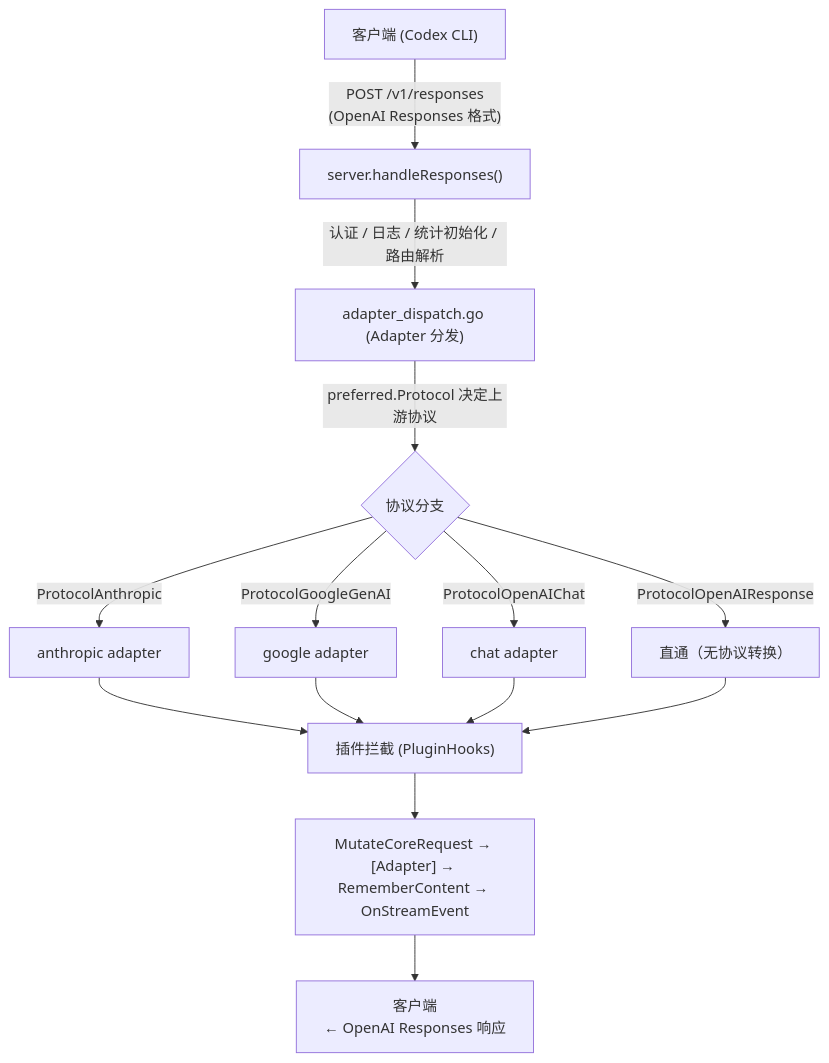
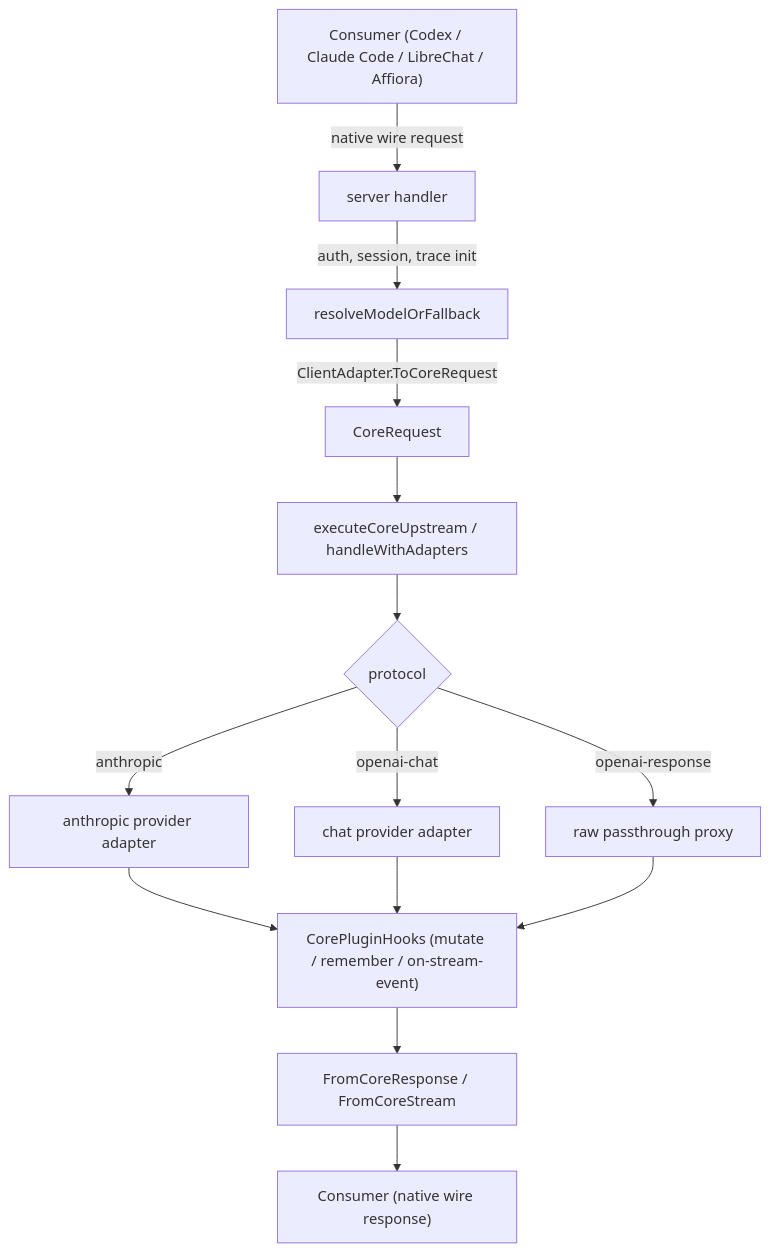
The second of 2 diagrams in docs/ARCHITECTURE.md (sfiorini/provider-bridge), drawn with Mermaid before and after one commit. The commit also changed other lines of this file and 4 other files, not shown here.

Commit message:
docs: English API, architecture, web-search and consumers reference (S-M4-12..S-M4-14)

````diff
--- a/docs/ARCHITECTURE.md
+++ b/docs/ARCHITECTURE.md
@@ -116,17 +260,17 @@
 ```mermaid
 flowchart TD
-  A["客户端 (Codex CLI)"]
-  A -->|"POST /v1/responses<br/>(OpenAI Responses 格式)"| B["server.handleResponses()"]
-  B -->|"认证 / 日志 / 统计初始化 / 路由解析"| C["adapter_dispatch.go (Adapter 分发)"]
-  C -->|"preferred.Protocol 决定上游协议"| D{"协议分支"}
-  D -->|"ProtocolAnthropic"| E["anthropic adapter"]
-  D -->|"ProtocolGoogleGenAI"| F["google adapter"]
-  D -->|"ProtocolOpenAIChat"| G["chat adapter"]
-  D -->|"ProtocolOpenAIResponse"| H["直通（无协议转换）"]
-  E --> I["插件拦截 (PluginHooks)"]
-  F --> I
-  G --> I
-  H --> I
-  I --> J["MutateCoreRequest → [Adapter] → RememberContent → OnStreamEvent"]
-  J --> K["客户端<br/>← OpenAI Responses 响应"]
+  A["Consumer (Codex / Claude Code / LibreChat / Affiora)"]
+  A -->|native wire request| B["server handler"]
+  B -->|auth, session, trace init| C["resolveModelOrFallback"]
+  C -->|ClientAdapter.ToCoreRequest| D["CoreRequest"]
+  D --> E["executeCoreUpstream / handleWithAdapters"]
+  E --> F{"protocol"}
+  F -->|anthropic| G["anthropic provider adapter"]
+  F -->|openai-chat| H["chat provider adapter"]
+  F -->|openai-response| I["raw passthrough proxy"]
+  G --> J["CorePluginHooks (mutate / remember / on-stream-event)"]
+  H --> J
+  I --> J
+  J --> K["FromCoreResponse / FromCoreStream"]
+  K --> L["Consumer (native wire response)"]
 ```
````
